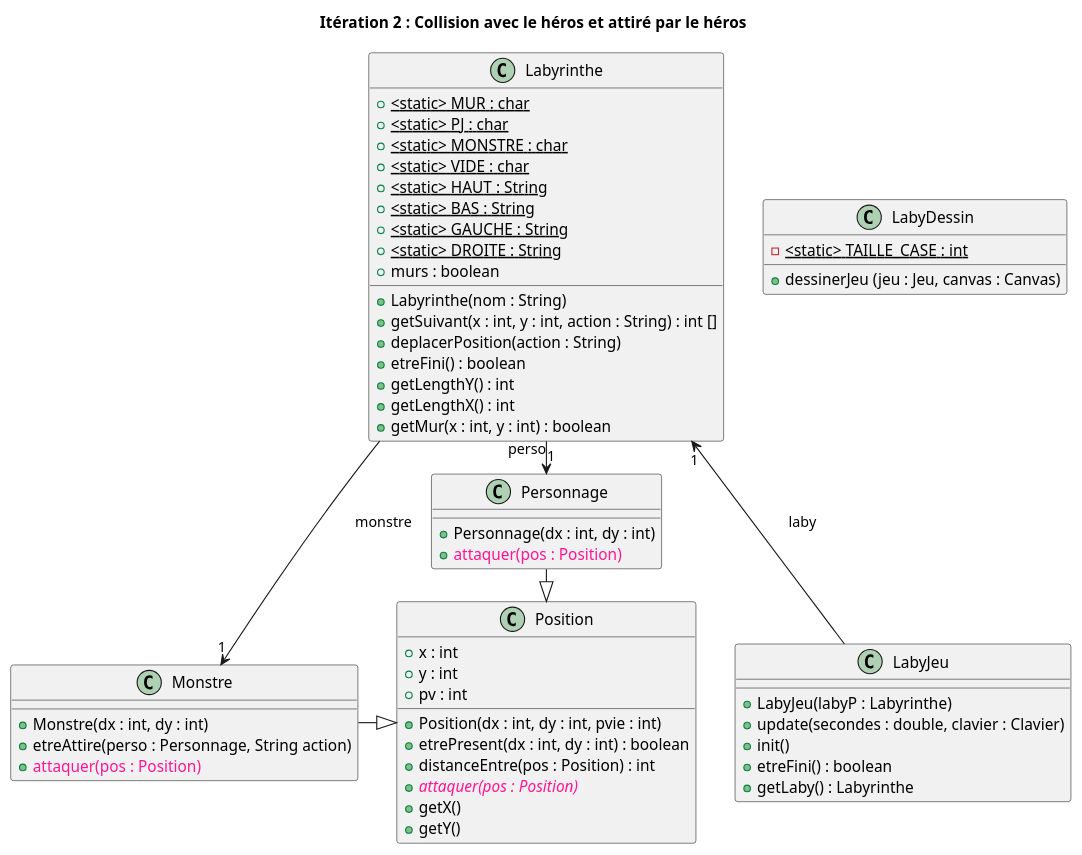
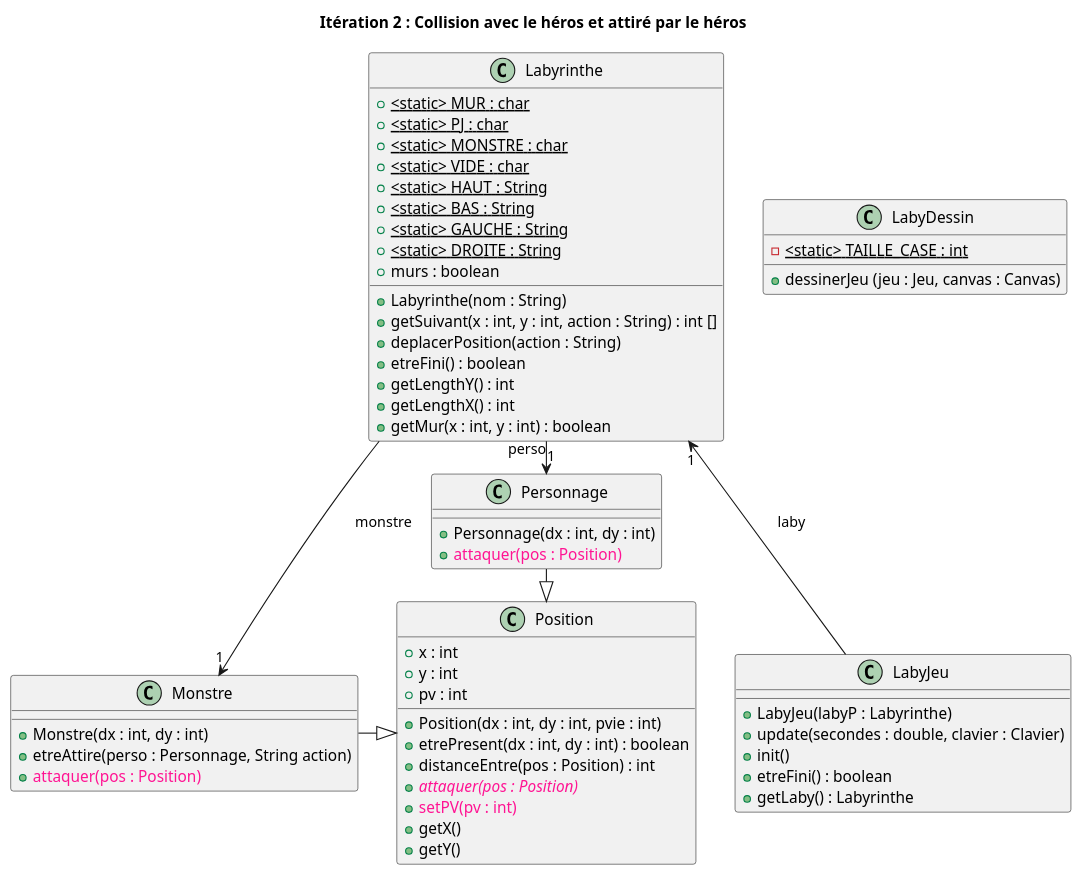
The diagram in racine_depot/documents/version_4/diagClass_iter3.puml (Hugo-COLLIN/BUT_INFO_S2_2022_Zeldiablo), drawn with PlantUML before and after one commit.

Commit message:
Modif v4

```diff
--- a/racine_depot/documents/version_4/diagClass_iter3.puml
+++ b/racine_depot/documents/version_4/diagClass_iter3.puml
@@ -1,68 +1,69 @@
 @startuml
 title Itération 2 : Collision avec le héros et attiré par le héros
 
 class Labyrinthe {
     + <static> MUR : char {static}
     + <static> PJ : char {static}
     + <static> MONSTRE : char {static}
     + <static> VIDE : char {static}
     + <static> HAUT : String {static}
     + <static> BAS : String {static}
     + <static> GAUCHE : String {static}
     + <static> DROITE : String {static}
     + murs : boolean
 
     + Labyrinthe(nom : String)
     + getSuivant(x : int, y : int, action : String) : int []
     + deplacerPosition(action : String)
     + etreFini() : boolean
     + getLengthY() : int
     + getLengthX() : int
     + getMur(x : int, y : int) : boolean
 }
 
 class LabyJeu {
     + LabyJeu(labyP : Labyrinthe)
     + update(secondes : double, clavier : Clavier)
     + init()
     + etreFini() : boolean
     + getLaby() : Labyrinthe
 }
 
 class LabyDessin {
     - <static> TAILLE_CASE : int {static}
     + dessinerJeu (jeu : Jeu, canvas : Canvas)
 }
 
 class Position {
     + x : int
     + y : int
     + pv : int
 
     + Position(dx : int, dy : int, pvie : int)
     + etrePresent(dx : int, dy : int) : boolean
     + distanceEntre(pos : Position) : int
     {abstract} + <color:deeppink>attaquer(pos : Position)</color>
+    + <color:deeppink>setPV(pv : int)</color>
     + getX()
     + getY()
 }
 
 class Personnage {
     + Personnage(dx : int, dy : int)
     + <color:deeppink>attaquer(pos : Position)</color>
 }
 
 class Monstre {
     + Monstre(dx : int, dy : int)
     + etreAttire(perso : Personnage, String action)
     + <color:deeppink>attaquer(pos : Position)</color>
 }
 
 Labyrinthe --> Monstre : monstre "1"
 Labyrinthe -> Personnage : perso "1"
 Labyrinthe "1" <-- LabyJeu : laby
 
 Monstre -|> Position
 Personnage -|> Position
 
 @enduml
```
